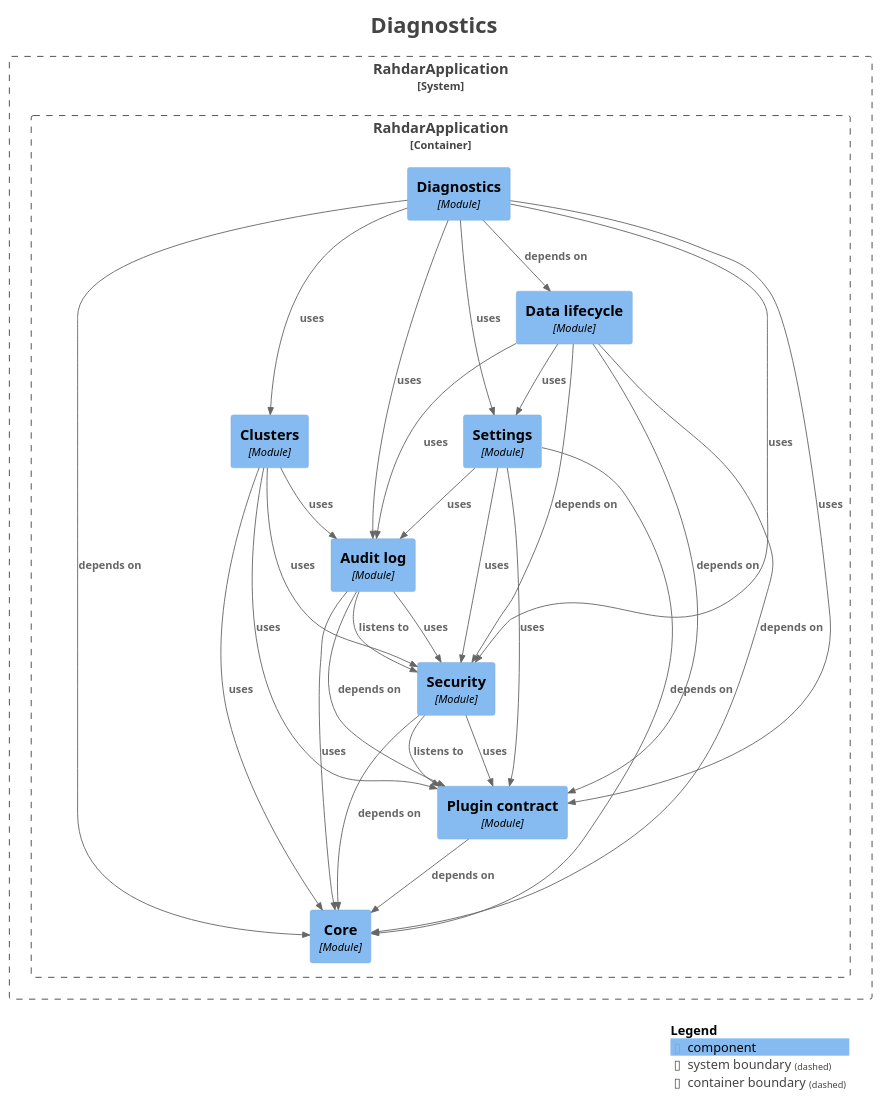
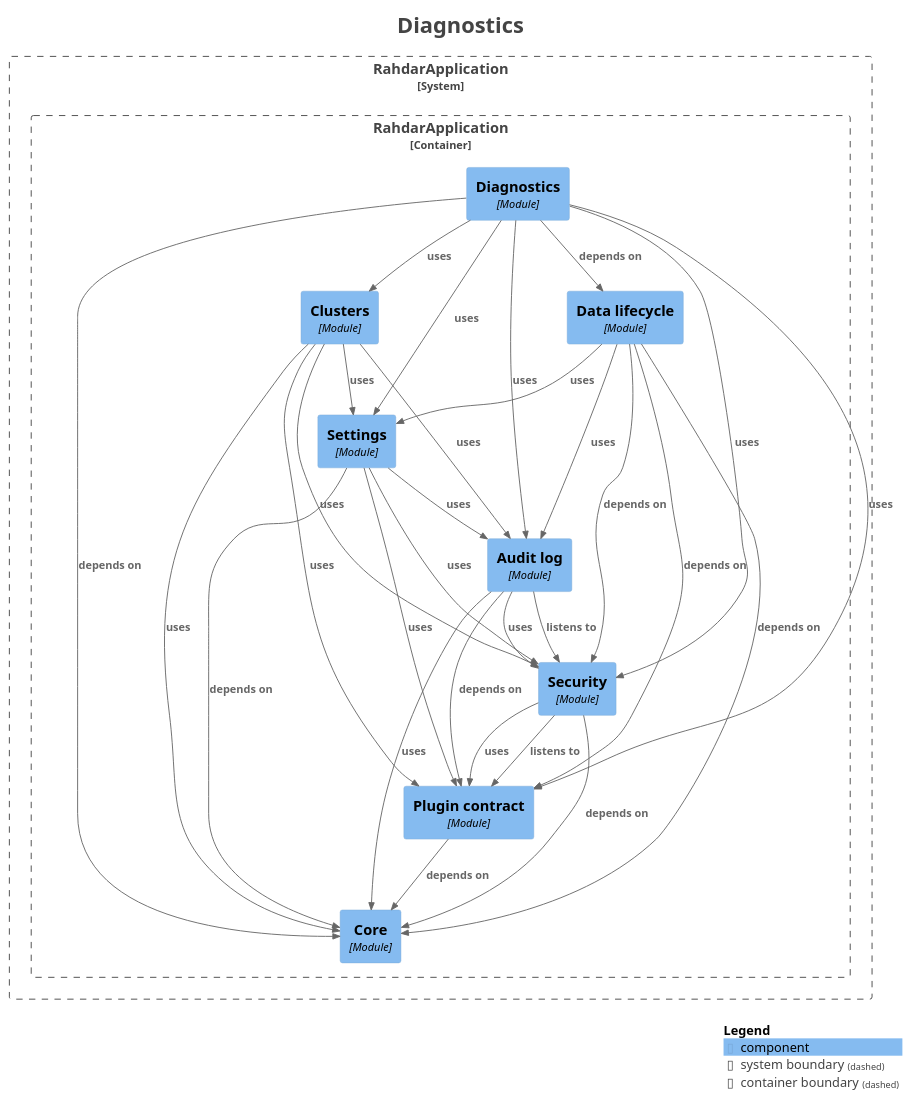
One commit to sudoitir/rahdar changed the diagram in docs/modules/module-feature.diagnostics.puml. Above: the diagram before and after it, drawn with PlantUML. The commit also changed 33 other files, not shown here.

```diff
--- a/docs/modules/module-feature.diagnostics.puml
+++ b/docs/modules/module-feature.diagnostics.puml
@@ -1,63 +1,64 @@
 @startuml
 title <size:24>Diagnostics</size>
 
 set separator none
 top to bottom direction
 
 <style>
   root {
     BackgroundColor: #ffffff
     FontColor: #444444
   }
 </style>
 
 !include <C4/C4>
 !include <C4/C4_Context>
 !include <C4/C4_Component>
 
 System_Boundary("RahdarApplication_boundary", "RahdarApplication", $tags="") {
   Container_Boundary("RahdarApplication.RahdarApplication_boundary", "RahdarApplication", $tags="") {
     Component(RahdarApplication.RahdarApplication.Auditlog, "Audit log", $techn="Module", $descr="", $tags="", $link="")
     Component(RahdarApplication.RahdarApplication.Clusters, "Clusters", $techn="Module", $descr="", $tags="", $link="")
     Component(RahdarApplication.RahdarApplication.Core, "Core", $techn="Module", $descr="", $tags="", $link="")
     Component(RahdarApplication.RahdarApplication.Datalifecycle, "Data lifecycle", $techn="Module", $descr="", $tags="", $link="")
     Component(RahdarApplication.RahdarApplication.Diagnostics, "Diagnostics", $techn="Module", $descr="", $tags="", $link="")
     Component(RahdarApplication.RahdarApplication.Plugincontract, "Plugin contract", $techn="Module", $descr="", $tags="", $link="")
     Component(RahdarApplication.RahdarApplication.Security, "Security", $techn="Module", $descr="", $tags="", $link="")
     Component(RahdarApplication.RahdarApplication.Settings, "Settings", $techn="Module", $descr="", $tags="", $link="")
   }
 
 }
 
 Rel(RahdarApplication.RahdarApplication.Auditlog, RahdarApplication.RahdarApplication.Core, "uses", $techn="", $tags="", $link="")
 Rel(RahdarApplication.RahdarApplication.Auditlog, RahdarApplication.RahdarApplication.Plugincontract, "depends on", $techn="", $tags="", $link="")
 Rel(RahdarApplication.RahdarApplication.Auditlog, RahdarApplication.RahdarApplication.Security, "listens to", $techn="", $tags="", $link="")
 Rel(RahdarApplication.RahdarApplication.Auditlog, RahdarApplication.RahdarApplication.Security, "uses", $techn="", $tags="", $link="")
 Rel(RahdarApplication.RahdarApplication.Clusters, RahdarApplication.RahdarApplication.Auditlog, "uses", $techn="", $tags="", $link="")
 Rel(RahdarApplication.RahdarApplication.Clusters, RahdarApplication.RahdarApplication.Core, "uses", $techn="", $tags="", $link="")
 Rel(RahdarApplication.RahdarApplication.Clusters, RahdarApplication.RahdarApplication.Plugincontract, "uses", $techn="", $tags="", $link="")
 Rel(RahdarApplication.RahdarApplication.Clusters, RahdarApplication.RahdarApplication.Security, "uses", $techn="", $tags="", $link="")
+Rel(RahdarApplication.RahdarApplication.Clusters, RahdarApplication.RahdarApplication.Settings, "uses", $techn="", $tags="", $link="")
 Rel(RahdarApplication.RahdarApplication.Datalifecycle, RahdarApplication.RahdarApplication.Auditlog, "uses", $techn="", $tags="", $link="")
 Rel(RahdarApplication.RahdarApplication.Datalifecycle, RahdarApplication.RahdarApplication.Core, "depends on", $techn="", $tags="", $link="")
 Rel(RahdarApplication.RahdarApplication.Datalifecycle, RahdarApplication.RahdarApplication.Plugincontract, "depends on", $techn="", $tags="", $link="")
 Rel(RahdarApplication.RahdarApplication.Datalifecycle, RahdarApplication.RahdarApplication.Security, "depends on", $techn="", $tags="", $link="")
 Rel(RahdarApplication.RahdarApplication.Datalifecycle, RahdarApplication.RahdarApplication.Settings, "uses", $techn="", $tags="", $link="")
 Rel(RahdarApplication.RahdarApplication.Diagnostics, RahdarApplication.RahdarApplication.Auditlog, "uses", $techn="", $tags="", $link="")
 Rel(RahdarApplication.RahdarApplication.Diagnostics, RahdarApplication.RahdarApplication.Clusters, "uses", $techn="", $tags="", $link="")
 Rel(RahdarApplication.RahdarApplication.Diagnostics, RahdarApplication.RahdarApplication.Core, "depends on", $techn="", $tags="", $link="")
 Rel(RahdarApplication.RahdarApplication.Diagnostics, RahdarApplication.RahdarApplication.Datalifecycle, "depends on", $techn="", $tags="", $link="")
 Rel(RahdarApplication.RahdarApplication.Diagnostics, RahdarApplication.RahdarApplication.Plugincontract, "uses", $techn="", $tags="", $link="")
 Rel(RahdarApplication.RahdarApplication.Diagnostics, RahdarApplication.RahdarApplication.Security, "uses", $techn="", $tags="", $link="")
 Rel(RahdarApplication.RahdarApplication.Diagnostics, RahdarApplication.RahdarApplication.Settings, "uses", $techn="", $tags="", $link="")
 Rel(RahdarApplication.RahdarApplication.Plugincontract, RahdarApplication.RahdarApplication.Core, "depends on", $techn="", $tags="", $link="")
 Rel(RahdarApplication.RahdarApplication.Security, RahdarApplication.RahdarApplication.Core, "depends on", $techn="", $tags="", $link="")
 Rel(RahdarApplication.RahdarApplication.Security, RahdarApplication.RahdarApplication.Plugincontract, "listens to", $techn="", $tags="", $link="")
 Rel(RahdarApplication.RahdarApplication.Security, RahdarApplication.RahdarApplication.Plugincontract, "uses", $techn="", $tags="", $link="")
 Rel(RahdarApplication.RahdarApplication.Settings, RahdarApplication.RahdarApplication.Auditlog, "uses", $techn="", $tags="", $link="")
 Rel(RahdarApplication.RahdarApplication.Settings, RahdarApplication.RahdarApplication.Core, "depends on", $techn="", $tags="", $link="")
 Rel(RahdarApplication.RahdarApplication.Settings, RahdarApplication.RahdarApplication.Plugincontract, "uses", $techn="", $tags="", $link="")
 Rel(RahdarApplication.RahdarApplication.Settings, RahdarApplication.RahdarApplication.Security, "uses", $techn="", $tags="", $link="")
 
 SHOW_LEGEND(true)
 hide stereotypes
 @enduml
```
